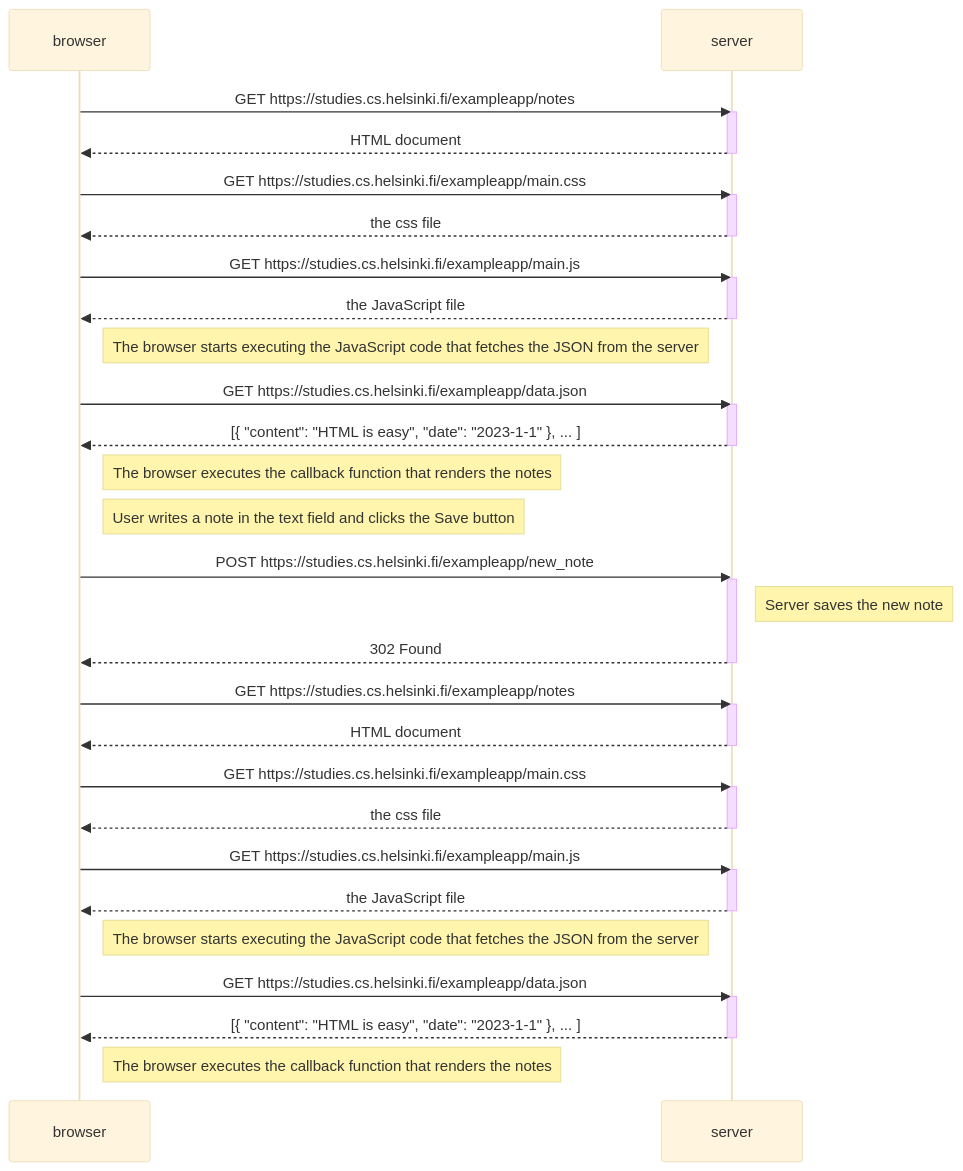
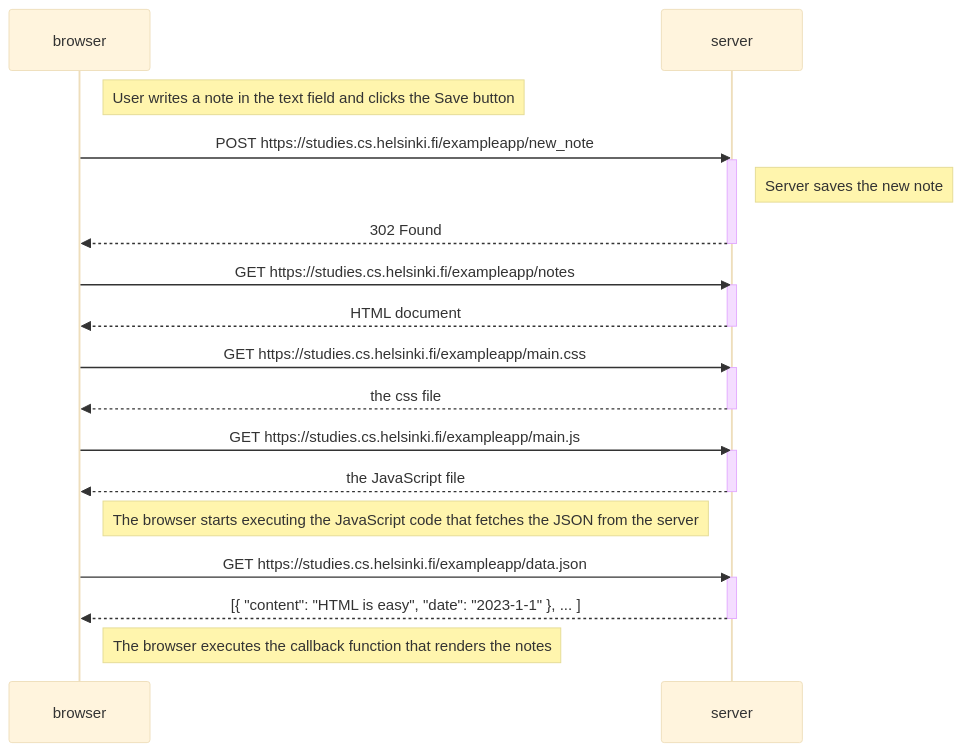
Before and after one commit to kastashenkova/fullstack-web-development: the diagram in part0/0.4_New_note_diagram.md, drawn with Mermaid (base theme).

Commit message:
Simplify note diagram by removing redundant steps

````diff
--- a/part0/0.4_New_note_diagram.md
+++ b/part0/0.4_New_note_diagram.md
@@ -1,61 +1,37 @@
 ```mermaid
 sequenceDiagram
     participant browser
     participant server
-
-    browser->>server: GET https://studies.cs.helsinki.fi/exampleapp/notes
-    activate server
-    server-->>browser: HTML document
-    deactivate server
-
-    browser->>server: GET https://studies.cs.helsinki.fi/exampleapp/main.css
-    activate server
-    server-->>browser: the css file
-    deactivate server
-
-    browser->>server: GET https://studies.cs.helsinki.fi/exampleapp/main.js
-    activate server
-    server-->>browser: the JavaScript file
-    deactivate server
-
-    Note right of browser: The browser starts executing the JavaScript code that fetches the JSON from the server
-
-    browser->>server: GET https://studies.cs.helsinki.fi/exampleapp/data.json
-    activate server
-    server-->>browser: [{ "content": "HTML is easy", "date": "2023-1-1" }, ... ]
-    deactivate server
-
-    Note right of browser: The browser executes the callback function that renders the notes
 
     Note right of browser: User writes a note in the text field and clicks the Save button
     
     browser->>server: POST https://studies.cs.helsinki.fi/exampleapp/new_note
     activate server
     Note right of server: Server saves the new note
     server-->>browser: 302 Found
     deactivate server
 
     browser->>server: GET https://studies.cs.helsinki.fi/exampleapp/notes
     activate server
     server-->>browser: HTML document
     deactivate server
 
     browser->>server: GET https://studies.cs.helsinki.fi/exampleapp/main.css
     activate server
     server-->>browser: the css file
     deactivate server
 
     browser->>server: GET https://studies.cs.helsinki.fi/exampleapp/main.js
     activate server
     server-->>browser: the JavaScript file
     deactivate server
 
     Note right of browser: The browser starts executing the JavaScript code that fetches the JSON from the server
 
     browser->>server: GET https://studies.cs.helsinki.fi/exampleapp/data.json
     activate server
     server-->>browser: [{ "content": "HTML is easy", "date": "2023-1-1" }, ... ]
     deactivate server
 
     Note right of browser: The browser executes the callback function that renders the notes
 ```
````
